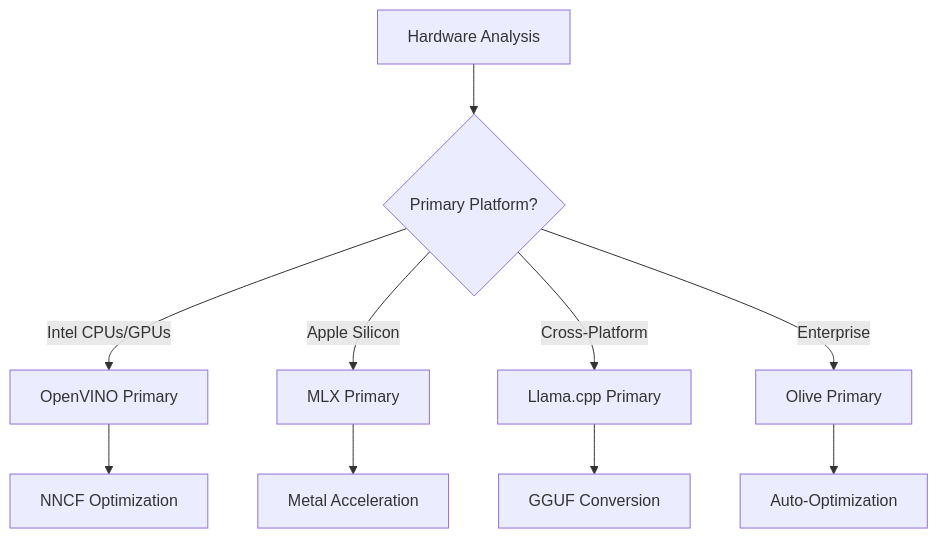
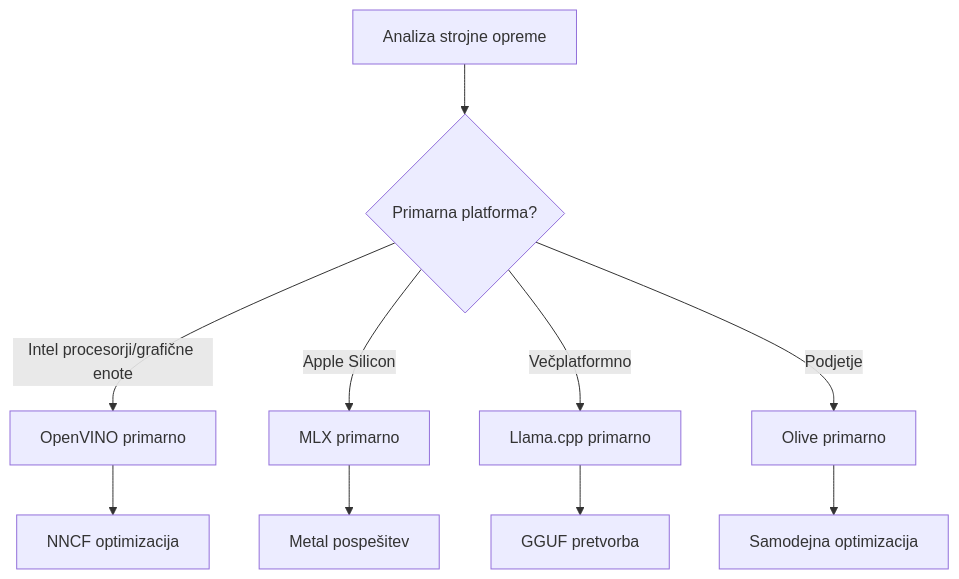
The first of 3 diagrams in translations/sl/Module04/06.workflow-synthesis.md (microsoft/edgeai-for-beginners), drawn with Mermaid before and after one commit. The commit also changed other lines of this file and 47 other files, not shown here.

````diff
--- a/translations/sl/Module04/06.workflow-synthesis.md
+++ b/translations/sl/Module04/06.workflow-synthesis.md
@@ -59,13 +59,13 @@
 ```mermaid
 graph TD
-    A[Hardware Analysis] --> B{Primary Platform?}
-    B -->|Intel CPUs/GPUs| C[OpenVINO Primary]
-    B -->|Apple Silicon| D[MLX Primary]
-    B -->|Cross-Platform| E[Llama.cpp Primary]
-    B -->|Enterprise| F[Olive Primary]
+    A[Analiza strojne opreme] --> B{Primarna platforma?}
+    B -->|Intel procesorji/grafične enote| C[OpenVINO primarno]
+    B -->|Apple Silicon| D[MLX primarno]
+    B -->|Večplatformno| E[Llama.cpp primarno]
+    B -->|Podjetje| F[Olive primarno]
     
-    C --> G[NNCF Optimization]
-    D --> H[Metal Acceleration]
-    E --> I[GGUF Conversion]
-    F --> J[Auto-Optimization]
+    C --> G[NNCF optimizacija]
+    D --> H[Metal pospešitev]
+    E --> I[GGUF pretvorba]
+    F --> J[Samodejna optimizacija]
 ```
````
